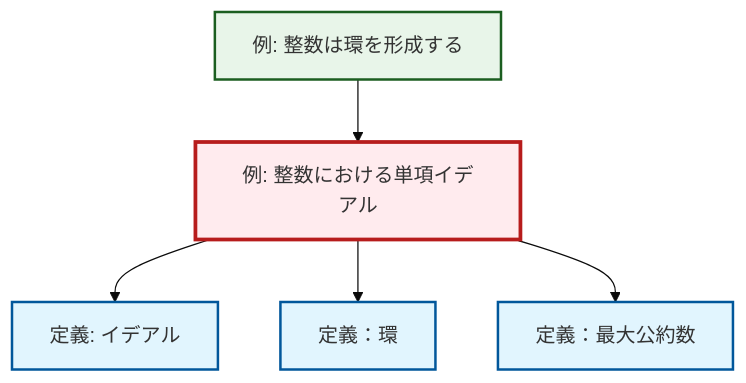
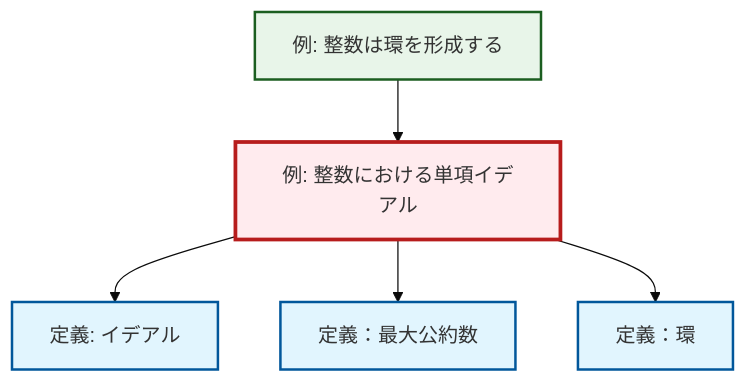
The diagram in content/ja/algebra/ex-principal-ideal.qmd (RK0429/ModernMath), drawn with Mermaid (base theme) before and after one commit. The commit also changed other lines of this file and 1012 other files, not shown here.

````diff
--- a/content/ja/algebra/ex-principal-ideal.qmd
+++ b/content/ja/algebra/ex-principal-ideal.qmd
@@ -64,23 +64,23 @@
 ```{mermaid}
 %%| fig-cap: "Local dependency graph"
 graph TD
     classDef definition fill:#e1f5fe,stroke:#01579b,stroke-width:2px
     classDef theorem fill:#f3e5f5,stroke:#4a148c,stroke-width:2px
     classDef axiom fill:#fff3e0,stroke:#e65100,stroke-width:2px
     classDef example fill:#e8f5e9,stroke:#1b5e20,stroke-width:2px
     classDef current fill:#ffebee,stroke:#b71c1c,stroke-width:3px
     ex-integers-ring["例: 整数は環を形成する"]:::example
-    def-ideal["定義: イデアル"]:::definition
+    def-gcd["定義：最大公約数"]:::definition
     def-ring["定義：環"]:::definition
     ex-principal-ideal["例: 整数における単項イデアル"]:::example
-    def-gcd["定義：最大公約数"]:::definition
+    def-ideal["定義: イデアル"]:::definition
     ex-principal-ideal --> def-ideal
+    ex-principal-ideal --> def-gcd
+    ex-integers-ring --> ex-principal-ideal
     ex-principal-ideal --> def-ring
-    ex-integers-ring --> ex-principal-ideal
-    ex-principal-ideal --> def-gcd
     class ex-principal-ideal current
     click ex-integers-ring "ex-integers-ring.html" "整数は環を形成するの例へ"
+    click def-gcd "def-gcd.html" "定義：最大公約数へ"
+    click def-ring "def-ring.html" "定義：環へ"
     click def-ideal "def-ideal.html" "イデアルの定義へ"
-    click def-ring "def-ring.html" "定義：環へ"
-    click def-gcd "def-gcd.html" "定義：最大公約数へ"
 ```
````
